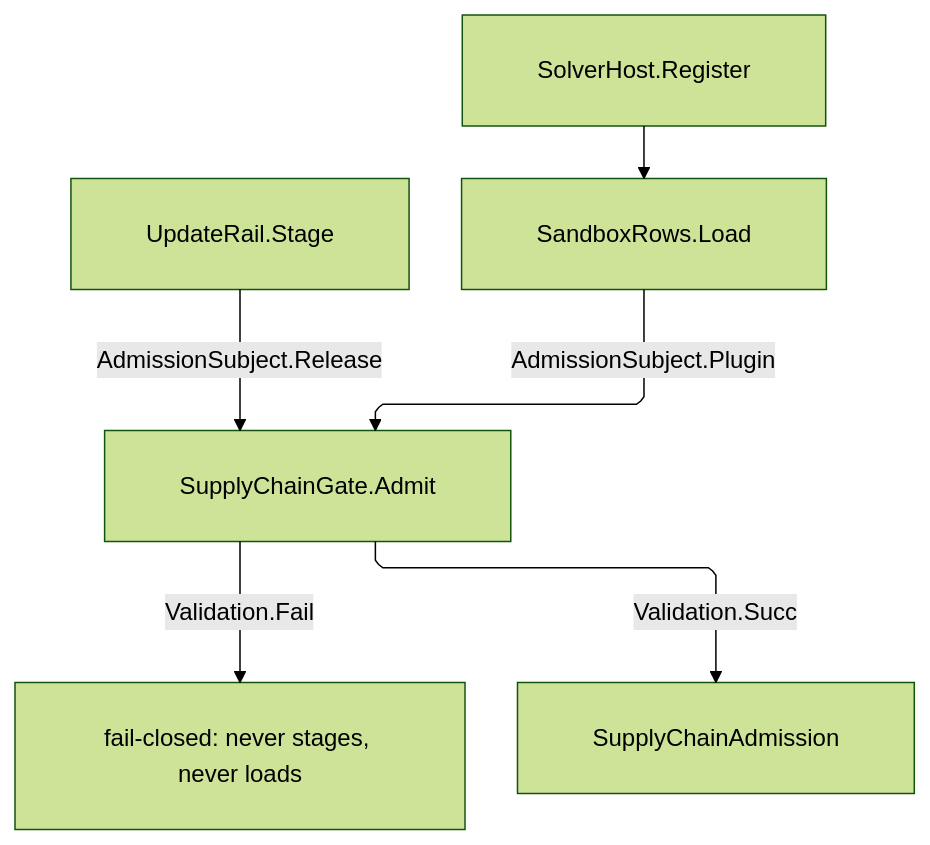
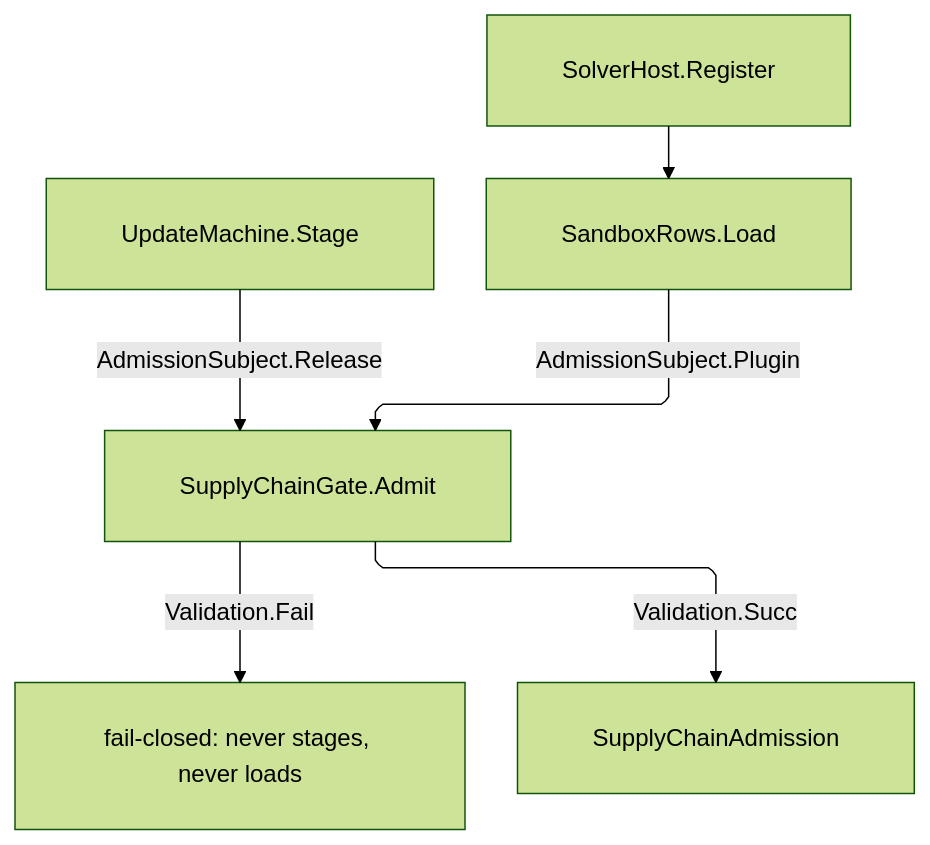
Before and after one commit to bsamiee/Rasm: the diagram in libs/dotnet/Rasm.AppHost/.planning/Sandbox/admission.md, drawn with Mermaid (forest theme). The commit also changed other lines of this file and 1997 other files, not shown here.

````diff
--- a/libs/dotnet/Rasm.AppHost/.planning/Sandbox/admission.md
+++ b/libs/dotnet/Rasm.AppHost/.planning/Sandbox/admission.md
@@ -243,17 +243,17 @@
 ```mermaid
 ---
 config:
   layout: elk
   flowchart:
     curve: linear
     padding: 25
 ---
 flowchart TD
     accTitle: Supply-chain admission gate
     accDescr: Release staging and sandbox plugin loads entering one admission gate, with hosted solvers reaching it through the sandbox load, whose failure arm never stages or loads and whose success arm returns the admitted subject.
-    Release[UpdateRail.Stage] -->|AdmissionSubject.Release| Admit[SupplyChainGate.Admit]
+    Release[UpdateMachine.Stage] -->|AdmissionSubject.Release| Admit[SupplyChainGate.Admit]
     Solver[SolverHost.Register] --> Plugin[SandboxRows.Load]
     Plugin -->|AdmissionSubject.Plugin| Admit
     Admit -->|Validation.Fail| Closed[fail-closed: never stages, never loads]
     Admit -->|Validation.Succ| Proven[SupplyChainAdmission]
 ```
````
